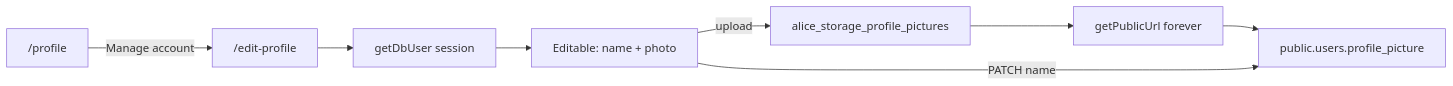
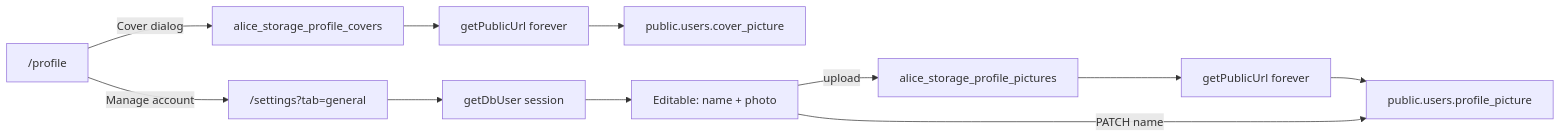
One commit to lizardkingLK/alice changed the diagram in docs/features/profile/EDIT_PROFILE.md. Above: the diagram before and after it, drawn with Mermaid. The commit also changed other lines of this file and 119 other files, not shown here.

````diff
--- a/docs/features/profile/EDIT_PROFILE.md
+++ b/docs/features/profile/EDIT_PROFILE.md
@@ -47,10 +54,13 @@
 ```mermaid
 flowchart LR
-  profilePage["/profile"] -->|"Manage account"| editProfile["/edit-profile"]
+  profilePage["/profile"] -->|"Manage account"| editProfile["/settings?tab=general"]
+  profilePage -->|"Cover dialog"| coverBucket["alice_storage_profile_covers"]
+  coverBucket --> coverUrl["getPublicUrl forever"]
+  coverUrl --> coverRow["public.users.cover_picture"]
   editProfile --> loadUser["getDbUser session"]
   loadUser --> form["Editable: name + photo"]
   form -->|upload| profileBucket["alice_storage_profile_pictures"]
   profileBucket --> publicUrl["getPublicUrl forever"]
   publicUrl --> usersRow["public.users.profile_picture"]
   form -->|PATCH name| usersRow
 ```
````
